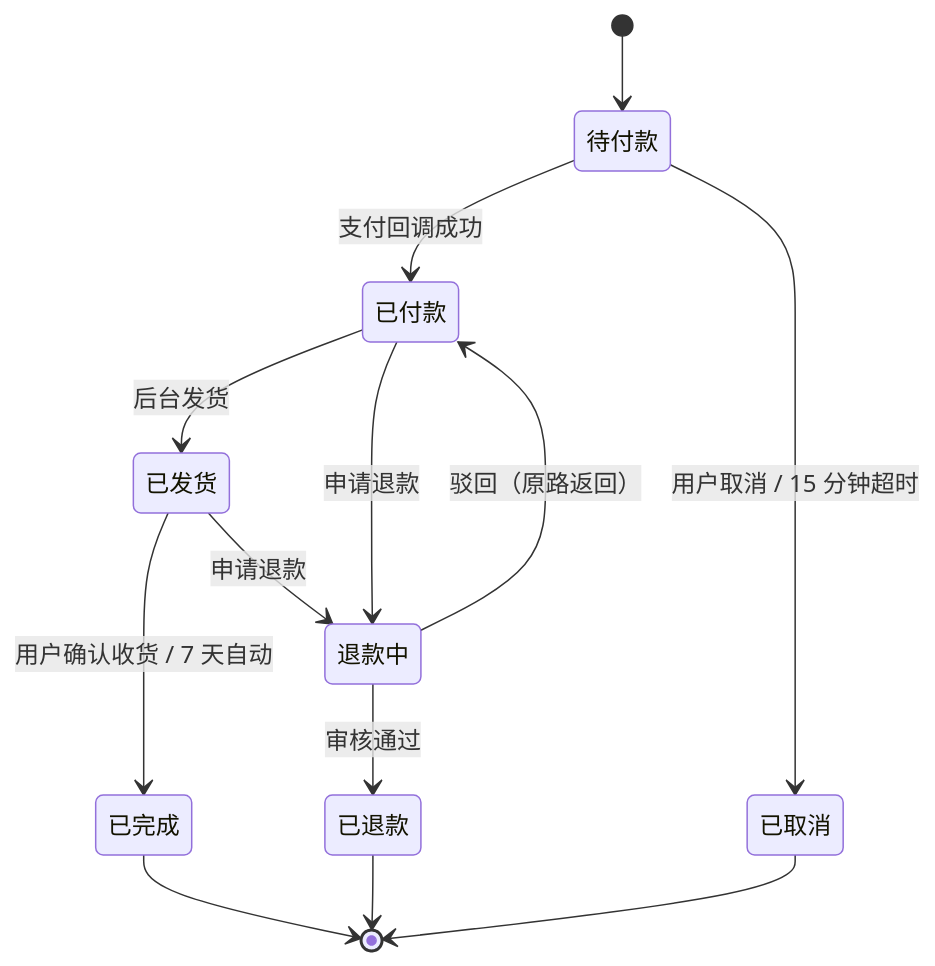
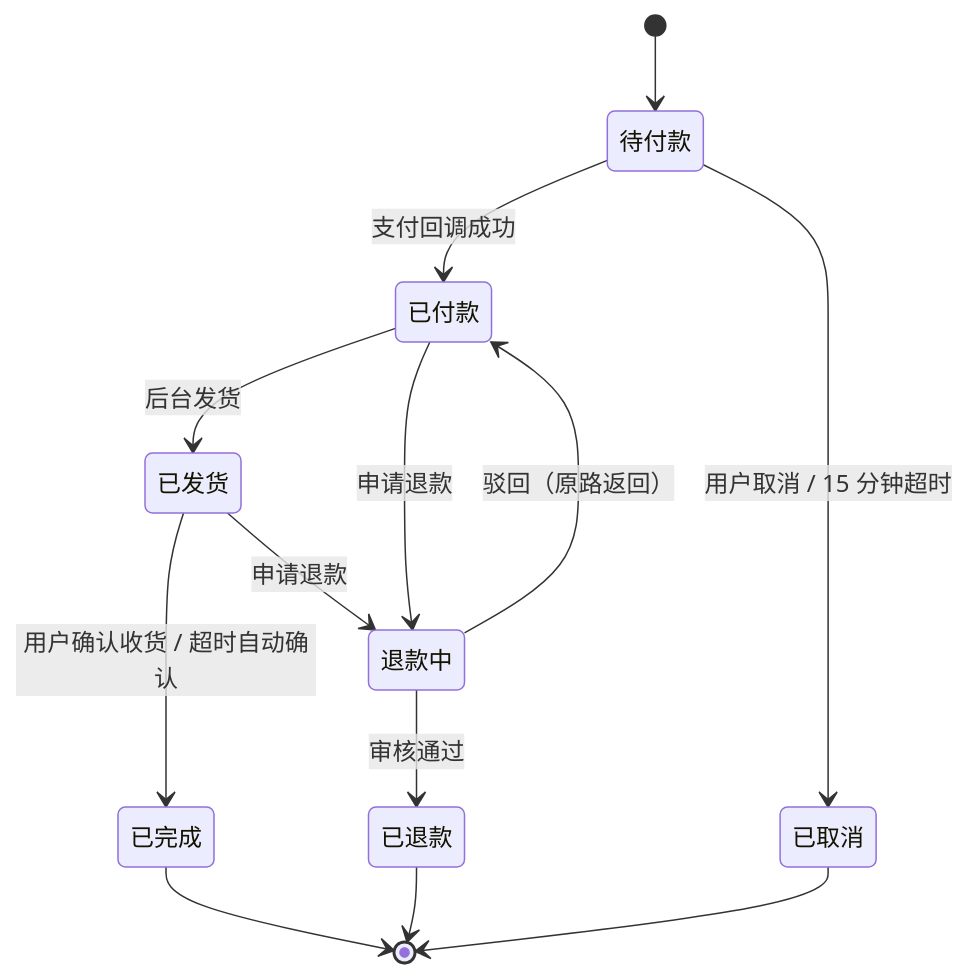
Before and after one commit to Serein47/KDShop: the first of 3 diagrams in docs/order-lifecycle.md, drawn with Mermaid. The commit also changed other lines of this file and 3 other files, not shown here.

````diff
--- a/docs/order-lifecycle.md
+++ b/docs/order-lifecycle.md
@@ -7,23 +7,23 @@
 ```mermaid
 stateDiagram-v2
     [*] --> PENDING_PAYMENT
     PENDING_PAYMENT: 待付款
     PAID: 已付款
     SHIPPED: 已发货
     COMPLETED: 已完成
     REFUNDING: 退款中
     REFUNDED: 已退款
     CANCELLED: 已取消
 
     PENDING_PAYMENT --> PAID : 支付回调成功
     PENDING_PAYMENT --> CANCELLED : 用户取消 / 15 分钟超时
     PAID --> SHIPPED : 后台发货
-    SHIPPED --> COMPLETED : 用户确认收货 / 7 天自动
+    SHIPPED --> COMPLETED : 用户确认收货 / 超时自动确认
     PAID --> REFUNDING : 申请退款
     SHIPPED --> REFUNDING : 申请退款
     REFUNDING --> REFUNDED : 审核通过
     REFUNDING --> PAID : 驳回（原路返回）
     CANCELLED --> [*]
     COMPLETED --> [*]
     REFUNDED --> [*]
 ```
````
